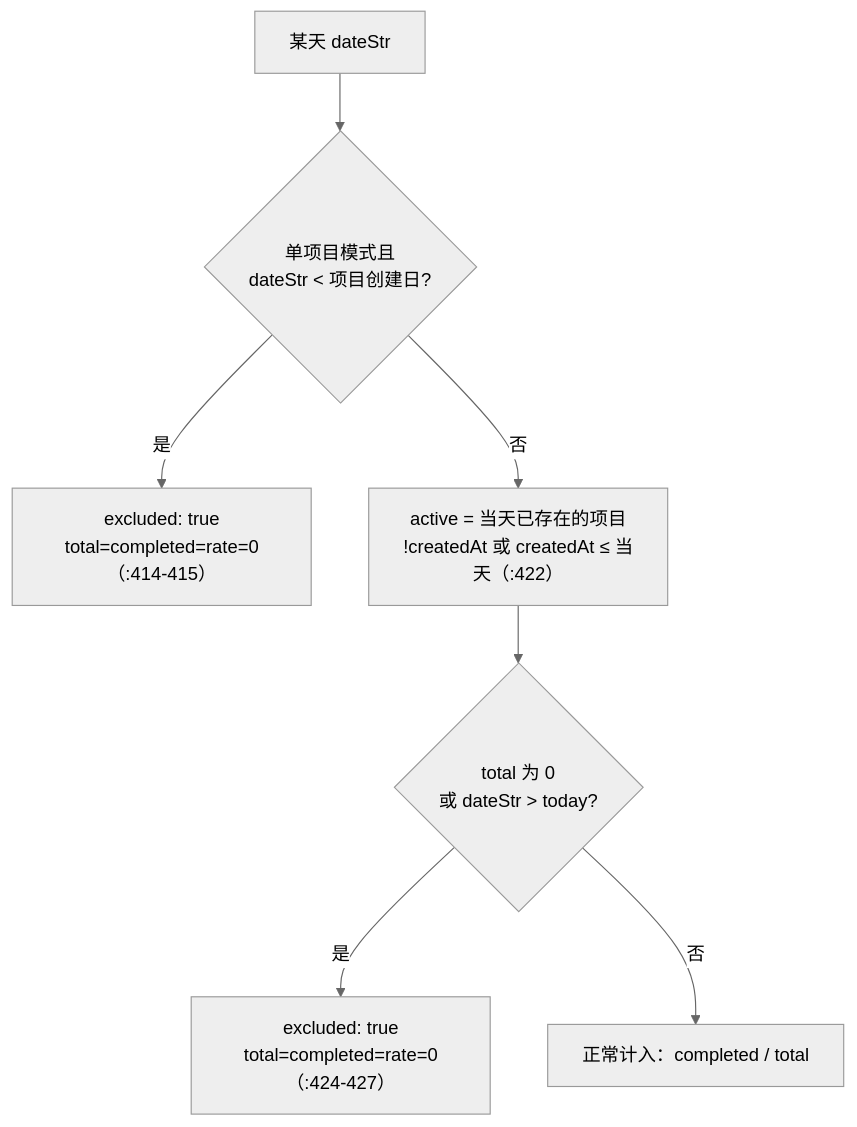
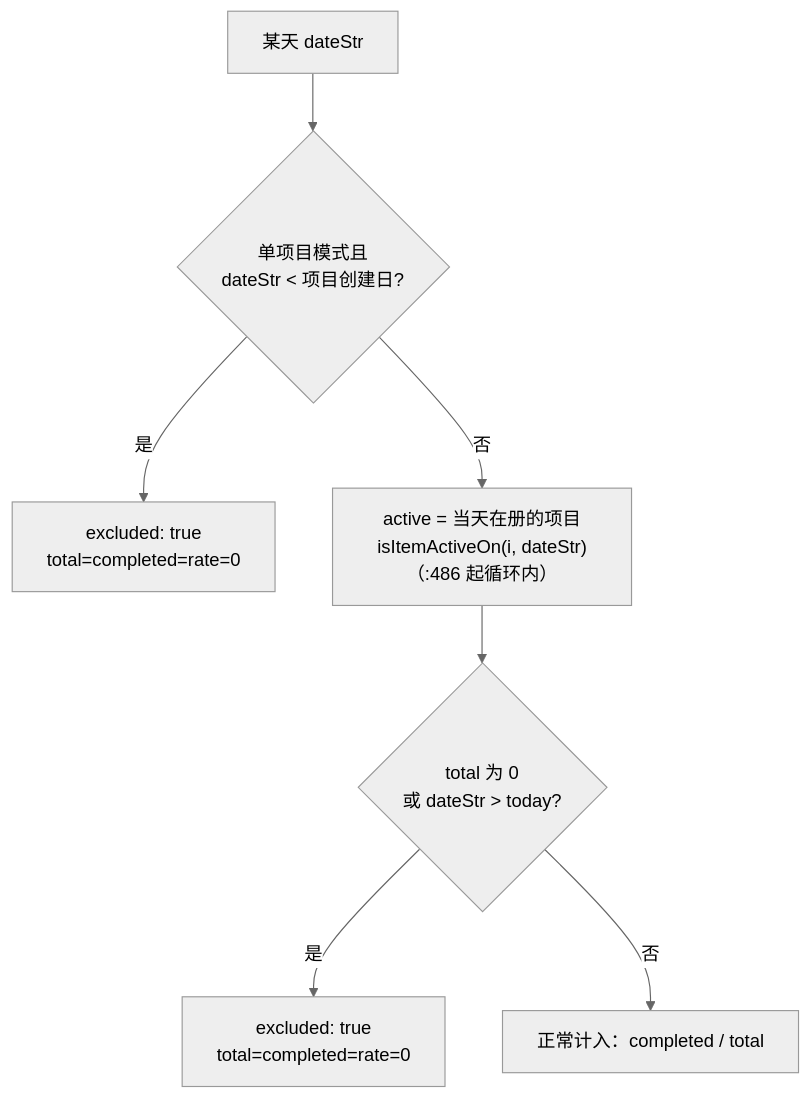
One commit to seanwang222/DayMark changed the diagram in docs/architecture/stats.md. Above: the diagram before and after it, drawn with Mermaid (neutral theme). The commit also changed other lines of this file and 20 other files, not shown here.

````diff
--- a/docs/architecture/stats.md
+++ b/docs/architecture/stats.md
@@ -11,9 +11,9 @@
 ```mermaid
 flowchart TD
   A[某天 dateStr] --> B{单项目模式且<br/>dateStr < 项目创建日?}
-  B -- 是 --> E1["excluded: true<br/>total=completed=rate=0（:414-415）"]
-  B -- 否 --> C["active = 当天已存在的项目<br/>!createdAt 或 createdAt ≤ 当天（:422）"]
+  B -- 是 --> E1["excluded: true<br/>total=completed=rate=0"]
+  B -- 否 --> C["active = 当天在册的项目<br/>isItemActiveOn(i, dateStr)（:486 起循环内）"]
   C --> D{total 为 0<br/>或 dateStr > today?}
-  D -- 是 --> E2["excluded: true<br/>total=completed=rate=0（:424-427）"]
+  D -- 是 --> E2["excluded: true<br/>total=completed=rate=0"]
   D -- 否 --> F[正常计入：completed / total]
 ```
````
